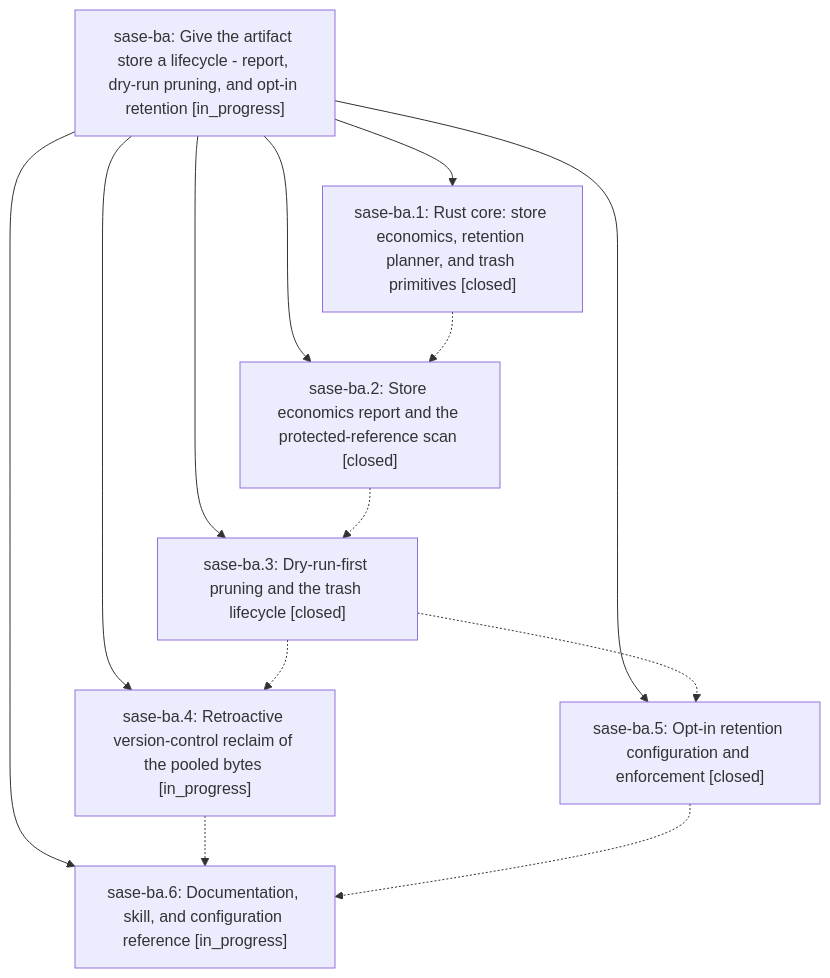
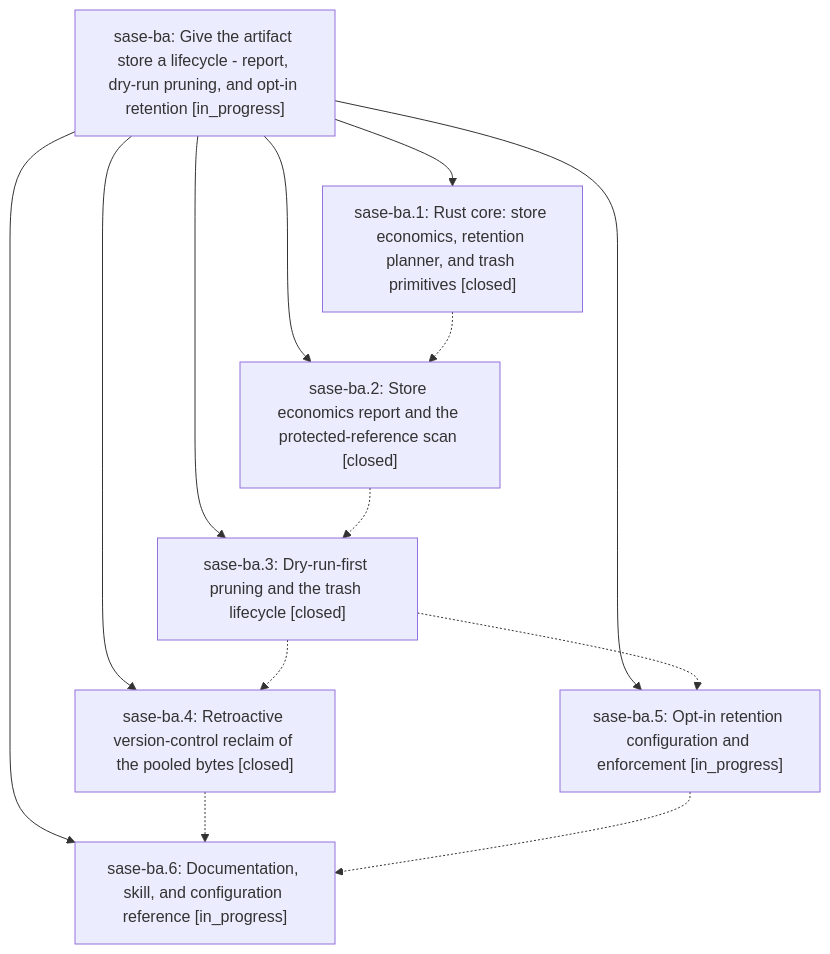
One commit to sase-org/sase--beads changed the diagram in pages/sase-ba/README.md. Above: the diagram before and after it, drawn with Mermaid. The commit also changed other lines of this file and 4 other files, not shown here.

````diff
--- a/pages/sase-ba/README.md
+++ b/pages/sase-ba/README.md
@@ -27,22 +27,22 @@
 ```mermaid
 flowchart TD
     n0["sase-ba: Give the artifact store a lifecycle - report, dry-run pruning, and opt-in retention [in_progress]"]
     n1["sase-ba.1: Rust core: store economics, retention planner, and trash primitives [closed]"]
     n2["sase-ba.2: Store economics report and the protected-reference scan [closed]"]
     n3["sase-ba.3: Dry-run-first pruning and the trash lifecycle [closed]"]
-    n4["sase-ba.4: Retroactive version-control reclaim of the pooled bytes [in_progress]"]
-    n5["sase-ba.5: Opt-in retention configuration and enforcement [closed]"]
+    n4["sase-ba.4: Retroactive version-control reclaim of the pooled bytes [closed]"]
+    n5["sase-ba.5: Opt-in retention configuration and enforcement [in_progress]"]
     n6["sase-ba.6: Documentation, skill, and configuration reference [in_progress]"]
     n0 --> n1
     n0 --> n2
     n0 --> n3
     n0 --> n4
     n0 --> n5
     n0 --> n6
     n1 -.-> n2
     n2 -.-> n3
     n3 -.-> n4
     n3 -.-> n5
     n4 -.-> n6
     n5 -.-> n6
 ```
````
